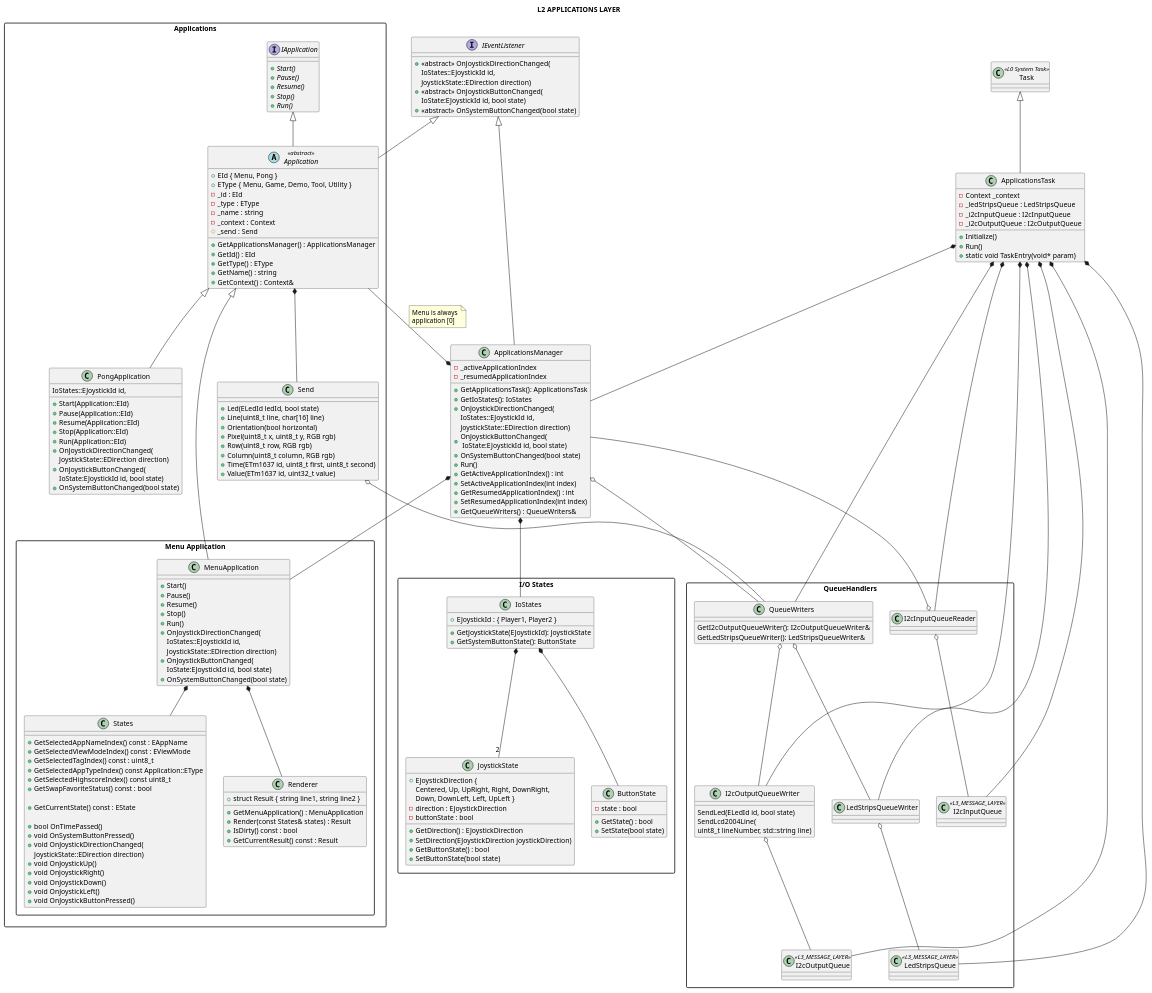
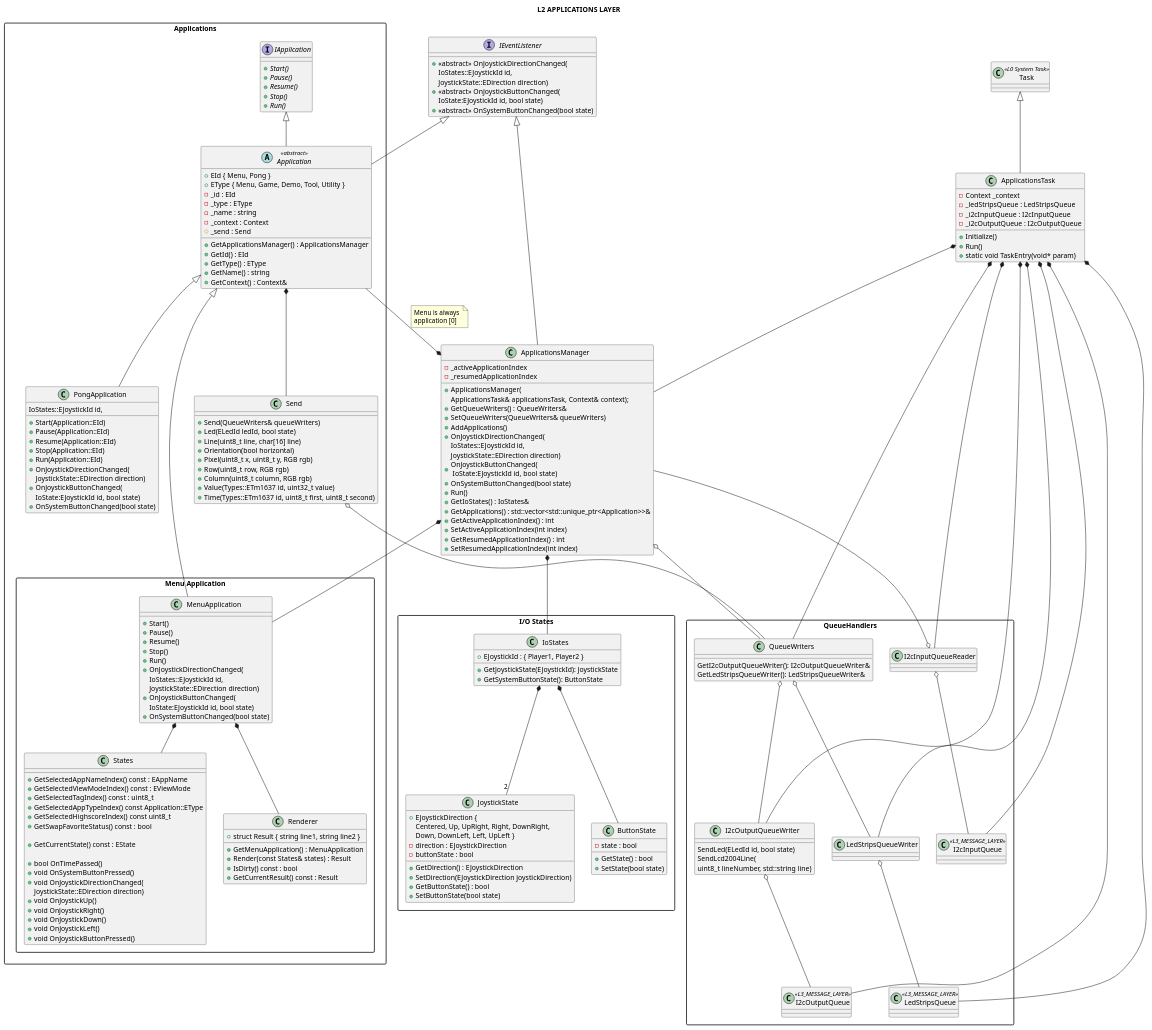
One commit to michelkeijzers/fraxis changed the diagram in Docs/Software Design/Layers/L2_applications_layer.puml. Above: the diagram before and after it, drawn with PlantUML. The commit also changed 154 other files, not shown here.

Commit message:
Updated UML diagrams, removed = default, changed -> to refs

```diff
--- a/Docs/Software Design/Layers/L2_applications_layer.puml
+++ b/Docs/Software Design/Layers/L2_applications_layer.puml
@@ -27,24 +27,28 @@
     + <<abstract>> OnJoystickDirectionChanged(
         IoStates::EJoystickId id, \nJoystickState::EDirection direction)
     + <<abstract>> OnJoystickButtonChanged(
-         IoState:EJoystickId id, bool state)
+        IoState:EJoystickId id, bool state)
     + <<abstract>> OnSystemButtonChanged(bool state)
 }
 
 class ApplicationsManager
 {
-    + GetApplicationsTask(): ApplicationsTask
-    + GetIoStates(): IoStates
+    + ApplicationsManager(
+        ApplicationsTask& applicationsTask, Context& context);
+    + GetQueueWriters() : QueueWriters&
+    + SetQueueWriters(QueueWriters& queueWriters)
+    + AddApplications()
     + OnJoystickDirectionChanged(
         IoStates::EJoystickId id, \nJoystickState::EDirection direction)
     + OnJoystickButtonChanged(\n IoState:EJoystickId id, bool state)
     + OnSystemButtonChanged(bool state)
     + Run()
+    + GetIoStates() : IoStates&
+    + GetApplications() : std::vector<std::unique_ptr<Application>>&
     + GetActiveApplicationIndex() : int
     + SetActiveApplicationIndex(int index)
     + GetResumedApplicationIndex() : int
     + SetResumedApplicationIndex(int index)
-    + GetQueueWriters() : QueueWriters&
     - _activeApplicationIndex
     - _resumedApplicationIndex
 }
@@ -172,6 +176,7 @@
 
     class Send
     {
+        + Send(QueueWriters& queueWriters)
         'LEDs
         + Led(ELedId ledId, bool state)
         'LCD2004
@@ -182,8 +187,8 @@
         + Row(uint8_t row, RGB rgb)
         + Column(uint8_t column, RGB rgb)
         'TM1637
-        + Time(ETm1637 id, uint8_t first, uint8_t second)
-        + Value(ETm1637 id, uint32_t value)
+        + Value(Types::ETm1637 id, uint32_t value)
+        + Time(Types::ETm1637 id, uint8_t first, uint8_t second)
     }
     Send o-- QueueWriters
 
```
